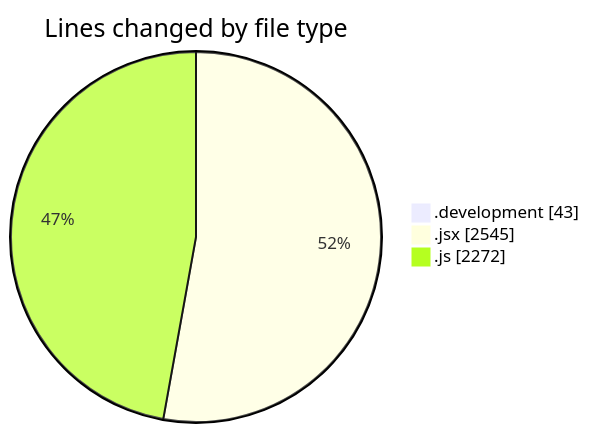
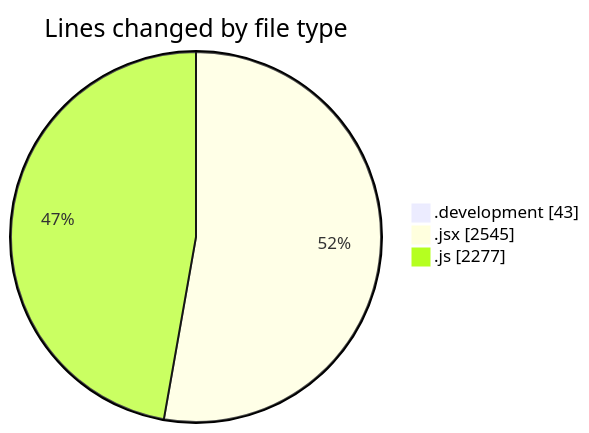
The first of 2 diagrams in 2025-11-11/argos/README.md (nxtqubesakshisongat/code-tracking), drawn with Mermaid before and after one commit. The commit also changed other lines of this file and 1 other file, not shown here.

````diff
--- a/2025-11-11/argos/README.md
+++ b/2025-11-11/argos/README.md
@@ -26,7 +26,7 @@
 ```mermaid
 pie showData
 title Lines changed by file type
 ".development" : 43
 ".jsx" : 2545
-".js" : 2272
+".js" : 2277
 ```
````
